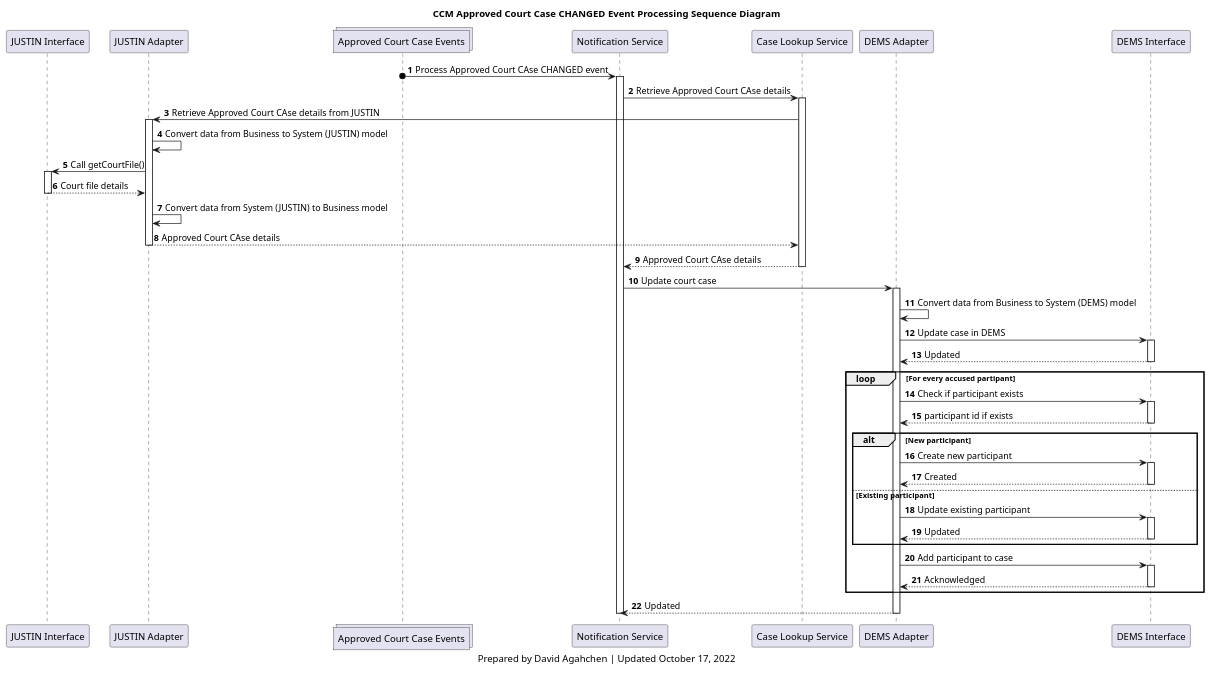
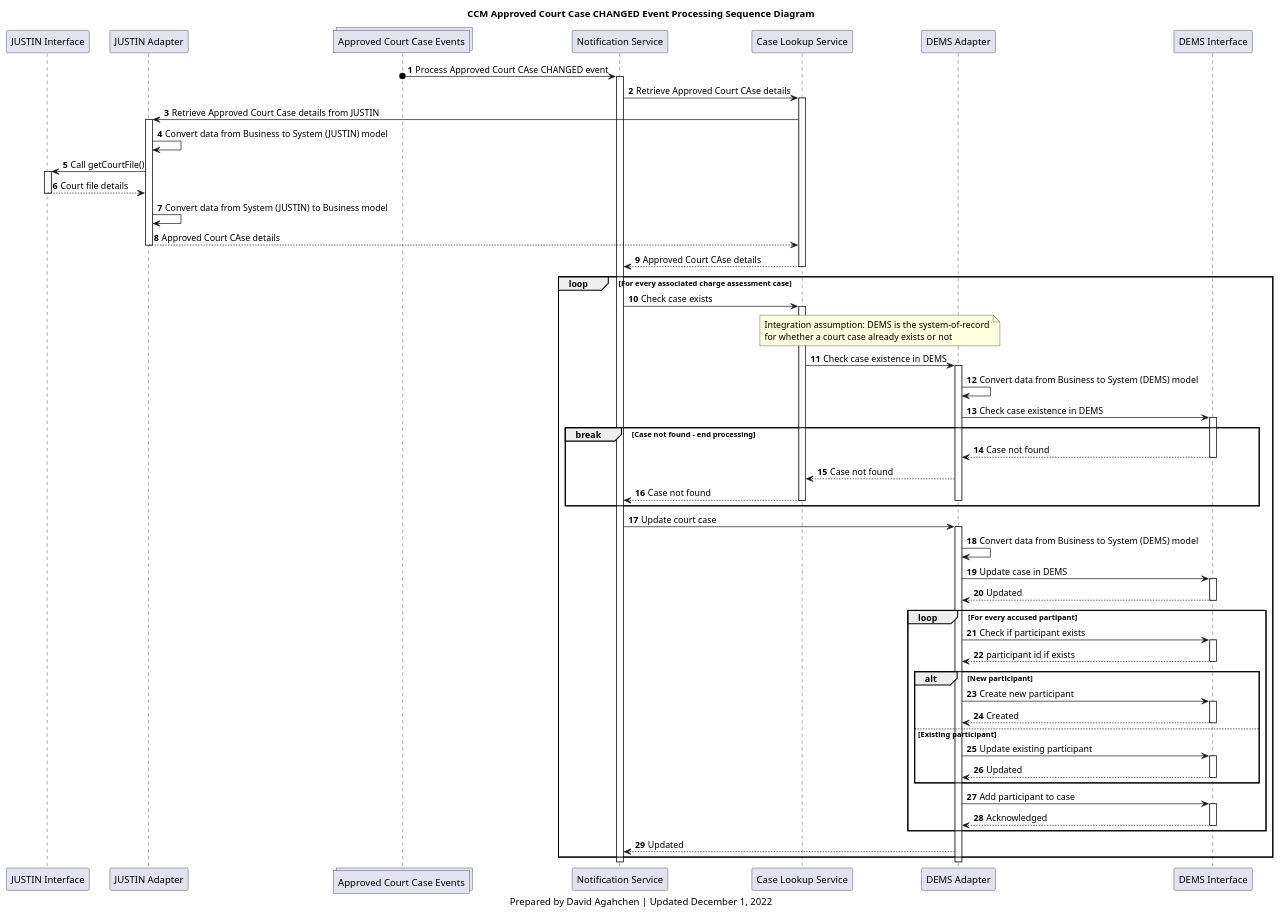
Before and after one commit to bcgov/jpss-jade-ccm: the diagram in diagrams/ccm_approved_court_case_changed_processing_sequence_diagram.plantuml, drawn with PlantUML. The commit also changed 7 other files, not shown here.

Commit message:
JADE-1828 diagram updates

```diff
--- a/diagrams/ccm_approved_court_case_changed_processing_sequence_diagram.plantuml
+++ b/diagrams/ccm_approved_court_case_changed_processing_sequence_diagram.plantuml
@@ -1,76 +1,100 @@
 @startuml
 'hide footbox
 participant j_interface as "JUSTIN Interface"
 participant j_adapter as "JUSTIN Adapter"
 collections approved_court_case_topic as "Approved Court Case Events"
 participant notification_service as "Notification Service"
 participant lookup_service as "Case Lookup Service"
 participant d_adapter as "DEMS Adapter"
 participant d_interface as "DEMS Interface"
 
 title
 CCM Approved Court Case CHANGED Event Processing Sequence Diagram
 end title
 
 autonumber
 
 approved_court_case_topic o-> notification_service: Process Approved Court CAse CHANGED event
 activate notification_service
 
 notification_service -> lookup_service: Retrieve Approved Court CAse details
 activate lookup_service
-lookup_service -> j_adapter: Retrieve Approved Court CAse details from JUSTIN
+lookup_service -> j_adapter: Retrieve Approved Court Case details from JUSTIN
 
 activate j_adapter
 j_adapter -> j_adapter: Convert data from Business to System (JUSTIN) model
 j_adapter -> j_interface: Call getCourtFile()
 activate j_interface
 j_interface --> j_adapter: Court file details
 deactivate j_interface
 j_adapter -> j_adapter: Convert data from System (JUSTIN) to Business model
 j_adapter --> lookup_service: Approved Court CAse details
 deactivate j_adapter
 
 lookup_service --> notification_service: Approved Court CAse details
 deactivate lookup_service
 
-notification_service -> d_adapter: Update court case
-activate d_adapter
-d_adapter -> d_adapter: Convert data from Business to System (DEMS) model
-d_adapter -> d_interface: Update case in DEMS
-activate d_interface
-d_interface --> d_adapter: Updated
-deactivate d_interface
+loop For every associated charge assessment case
 
-loop For every accused partipant
-    d_adapter -> d_interface: Check if participant exists
+    notification_service -> lookup_service: Check case exists
+    activate lookup_service
+    note over lookup_service, d_adapter
+    Integration assumption: DEMS is the system-of-record
+    for whether a court case already exists or not
+    end note
+    lookup_service -> d_adapter: Check case existence in DEMS
+    activate d_adapter
+    d_adapter -> d_adapter: Convert data from Business to System (DEMS) model
+    d_adapter -> d_interface: Check case existence in DEMS
     activate d_interface
-    d_interface --> d_adapter: participant id if exists
+
+    break Case not found - end processing
+    d_interface --> d_adapter: Case not found
     deactivate d_interface
-    alt New participant
-        d_adapter -> d_interface: Create new participant
+    d_adapter --> lookup_service: Case not found
+    lookup_service --> notification_service: Case not found
+    deactivate lookup_service
+    deactivate d_adapter
+    end break
+
+    notification_service -> d_adapter: Update court case
+    activate d_adapter
+    d_adapter -> d_adapter: Convert data from Business to System (DEMS) model
+    d_adapter -> d_interface: Update case in DEMS
+    activate d_interface
+    d_interface --> d_adapter: Updated
+    deactivate d_interface
+
+    loop For every accused partipant
+        d_adapter -> d_interface: Check if participant exists
         activate d_interface
-        d_interface --> d_adapter: Created
+        d_interface --> d_adapter: participant id if exists
         deactivate d_interface
-    else Existing participant
-        d_adapter -> d_interface: Update existing participant
+        alt New participant
+            d_adapter -> d_interface: Create new participant
+            activate d_interface
+            d_interface --> d_adapter: Created
+            deactivate d_interface
+        else Existing participant
+            d_adapter -> d_interface: Update existing participant
+            activate d_interface
+            d_interface --> d_adapter: Updated
+            deactivate d_interface
+        end
+        d_adapter -> d_interface: Add participant to case
         activate d_interface
-        d_interface --> d_adapter: Updated
+        d_interface --> d_adapter: Acknowledged
         deactivate d_interface
     end
-    d_adapter -> d_interface: Add participant to case
-    activate d_interface
-    d_interface --> d_adapter: Acknowledged
-    deactivate d_interface
-end
 
-d_adapter --> notification_service: Updated
+    d_adapter --> notification_service: Updated
+end loop
 
 deactivate d_adapter
 
 deactivate notification_service
 
 caption
-Prepared by David Agahchen | Updated October 17, 2022
+Prepared by David Agahchen | Updated December 1, 2022
 end caption
 @enduml
```
